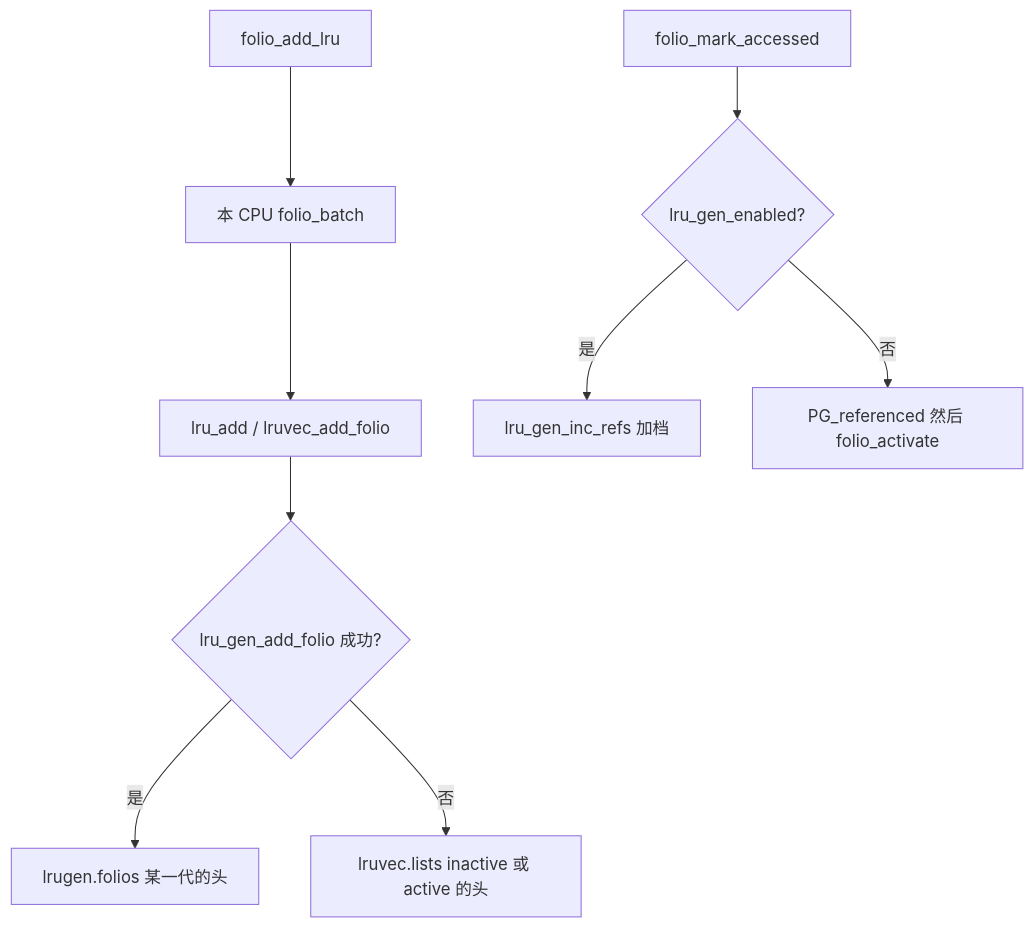
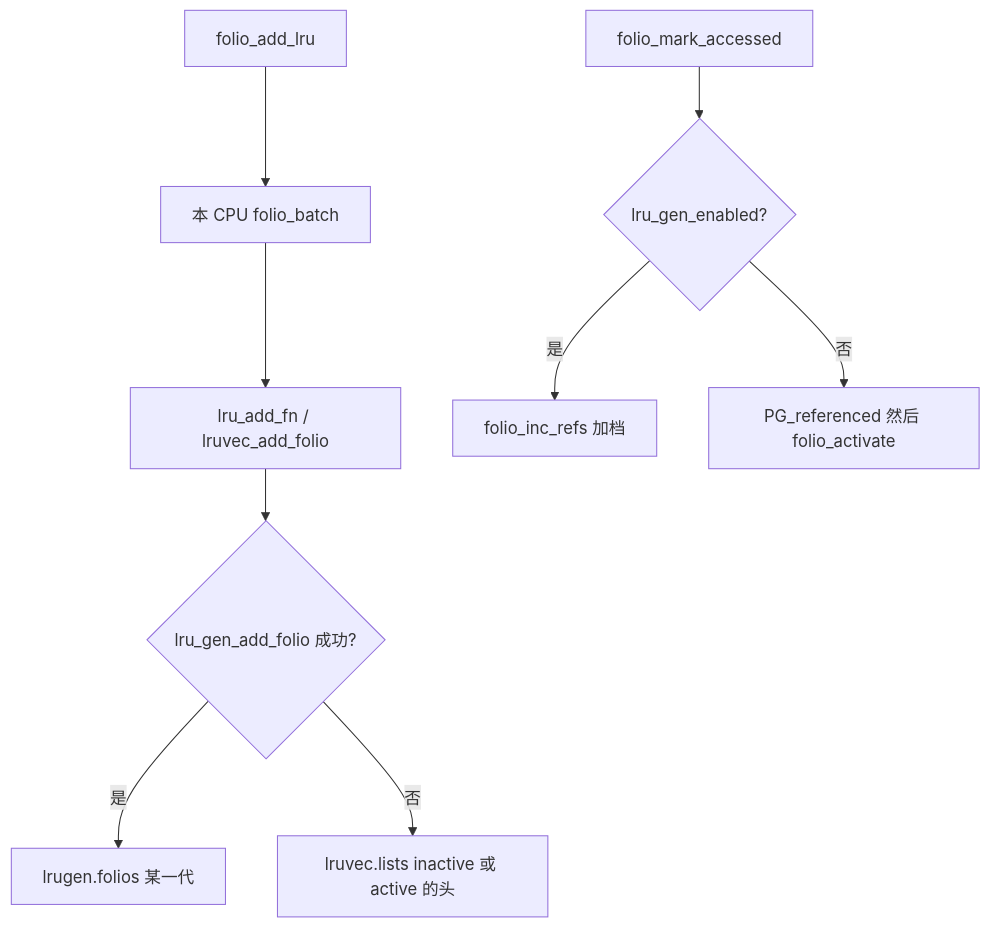
One commit to jinkkkang/kernel-notes changed the first of 2 diagrams in memory-management/10-06-lru-vs-mglru.md. Above: the diagram before and after it, drawn with Mermaid. The commit also changed other lines of this file and 36 other files, not shown here.

````diff
--- a/memory-management/10-06-lru-vs-mglru.md
+++ b/memory-management/10-06-lru-vs-mglru.md
@@ -21,11 +21,11 @@
 ```mermaid
 flowchart TD
   add["folio_add_lru"] --> batch["本 CPU folio_batch"]
-  batch --> addfn["lru_add / lruvec_add_folio"]
+  batch --> addfn["lru_add_fn / lruvec_add_folio"]
   addfn --> gen{"lru_gen_add_folio 成功?"}
-  gen -->|是| mlists["lrugen.folios 某一代的头"]
+  gen -->|是| mlists["lrugen.folios 某一代"]
   gen -->|否| clists["lruvec.lists inactive 或 active 的头"]
   touch["folio_mark_accessed"] --> sw{"lru_gen_enabled?"}
-  sw -->|是| refs["lru_gen_inc_refs 加档"]
+  sw -->|是| refs["folio_inc_refs 加档"]
   sw -->|否| classic["PG_referenced 然后 folio_activate"]
 ```
````
